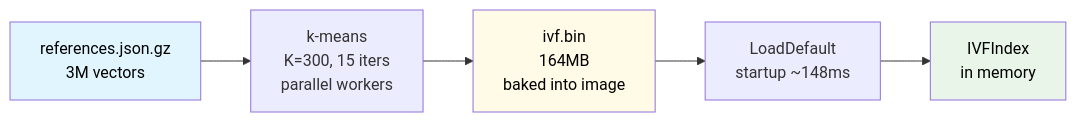
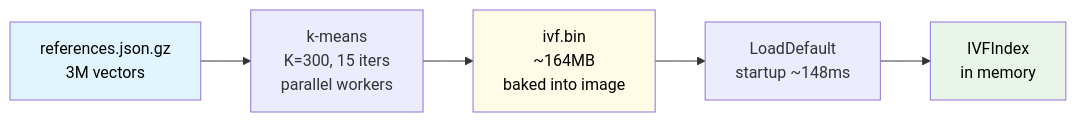
One commit to fabianoflorentino/fraudctl changed the third of 3 diagrams in docs/ARCHITECTURE.md. Above: the diagram before and after it, drawn with Mermaid. The commit also changed other lines of this file and 4 other files, not shown here.

````diff
--- a/docs/ARCHITECTURE.md
+++ b/docs/ARCHITECTURE.md
@@ -40,11 +44,11 @@
 ```mermaid
 flowchart LR
     G[references.json.gz\n3M vectors] --> KM[k-means\nK=300, 15 iters\nparallel workers]
-    KM --> B[ivf.bin\n164MB\nbaked into image]
+    KM --> B[ivf.bin\n~164MB\nbaked into image]
     B --> L[LoadDefault\nstartup ~148ms]
     L --> I[IVFIndex\nin memory]
 
     style G fill:#e1f5fe,color:#000000
     style B fill:#fffbe6,color:#000000
     style I fill:#e8f5e8,color:#000000
 ```
````
